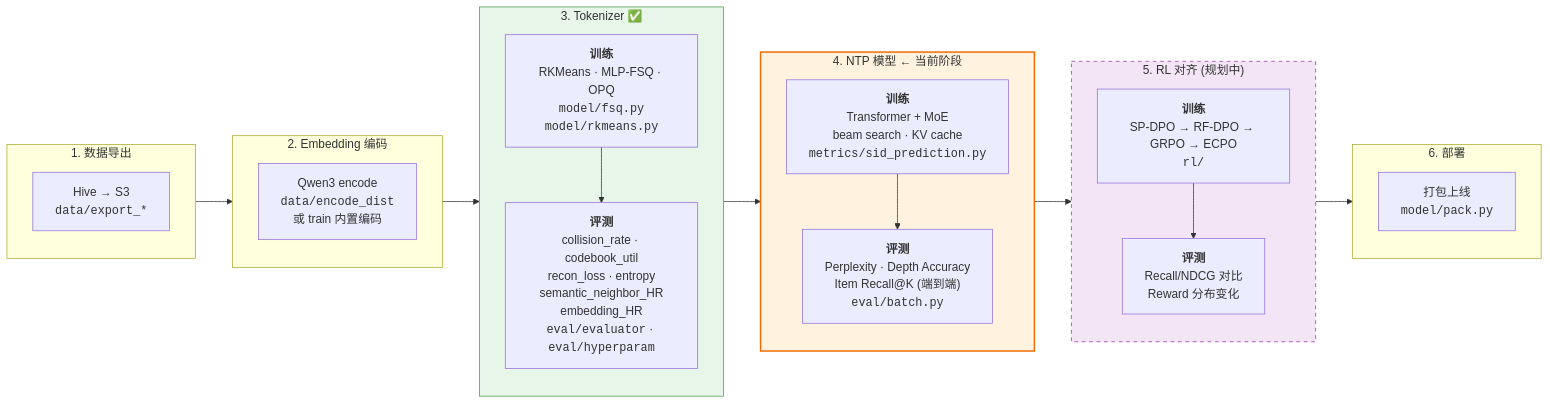
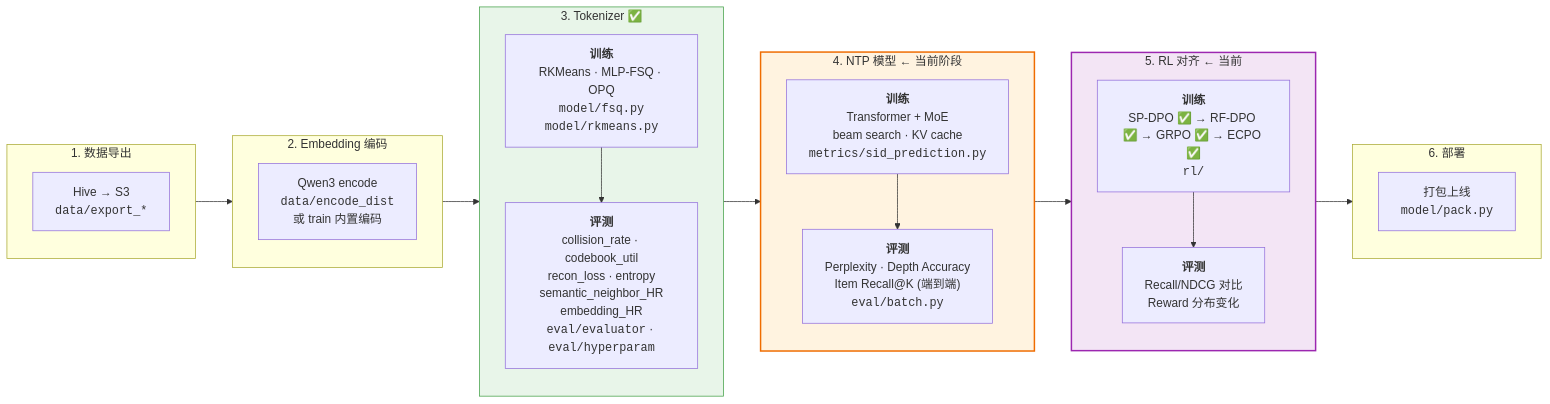
Before and after one commit to yzq986/nanoGenRec: the diagram in README.md, drawn with Mermaid. The commit also changed other lines of this file, not shown here.

First line of the commit message:
README: add RL alignment section with GRPO→ECPO progression

````diff
--- a/README.md
+++ b/README.md
@@ -21,41 +22,40 @@
 ```mermaid
 graph LR
     subgraph S1 ["1. 数据导出"]
         D1[Hive → S3<br><code>data/export_*</code>]
     end
-
     subgraph S2 ["2. Embedding 编码"]
         D2[Qwen3 encode<br><code>data/encode_dist</code><br>或 train 内置编码]
     end
 
     subgraph S3 ["3. Tokenizer ✅"]
         direction TB
         T_TRAIN["<b>训练</b><br>RKMeans · MLP-FSQ · OPQ<br><code>model/fsq.py</code><br><code>model/rkmeans.py</code>"]
         T_EVAL["<b>评测</b><br>collision_rate · codebook_util<br>recon_loss · entropy<br>semantic_neighbor_HR<br>embedding_HR<br><code>eval/evaluator</code> · <code>eval/hyperparam</code>"]
         T_TRAIN --> T_EVAL
     end
 
     subgraph S4 ["4. NTP 模型 ← 当前阶段"]
         direction TB
         N_TRAIN["<b>训练</b><br>Transformer + MoE<br>beam search · KV cache<br><code>metrics/sid_prediction.py</code>"]
         N_EVAL["<b>评测</b><br>Perplexity · Depth Accuracy<br>Item Recall@K (端到端)<br><code>eval/batch.py</code>"]
         N_TRAIN --> N_EVAL
     end
 
-    subgraph S5 ["5. RL 对齐 (规划中)"]
+    subgraph S5 ["5. RL 对齐 ← 当前"]
         direction TB
-        R_TRAIN["<b>训练</b><br>SP-DPO → RF-DPO → GRPO → ECPO<br><code>rl/</code>"]
+        R_TRAIN["<b>训练</b><br>SP-DPO ✅ → RF-DPO ✅ → GRPO ✅ → ECPO ✅<br><code>rl/</code>"]
         R_EVAL["<b>评测</b><br>Recall/NDCG 对比<br>Reward 分布变化"]
         R_TRAIN --> R_EVAL
     end
 
     subgraph S6 ["6. 部署"]
         D5["打包上线<br><code>model/pack.py</code>"]
     end
 
     S1 --> S2 --> S3 --> S4 --> S5 --> S6
 
     style S3 fill:#e8f5e9,stroke:#43a047
     style S4 fill:#fff3e0,stroke:#ef6c00,stroke-width:2px
-    style S5 fill:#f3e5f5,stroke:#9c27b0,stroke-dasharray:5
+    style S5 fill:#f3e5f5,stroke:#9c27b0,stroke-width:2px
 ```
````
